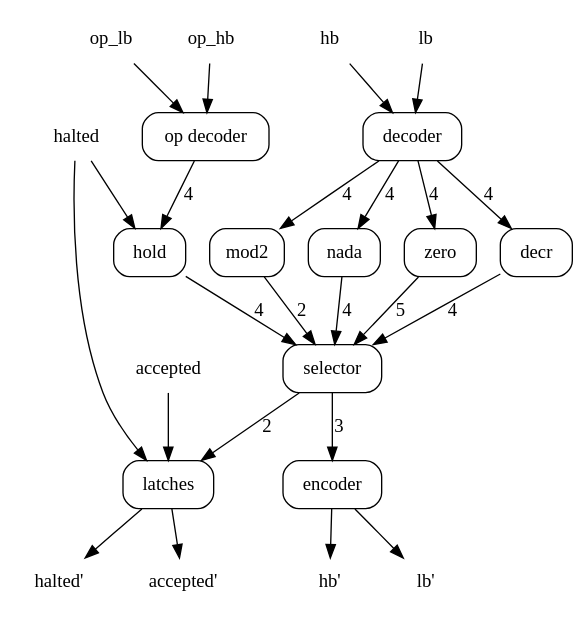
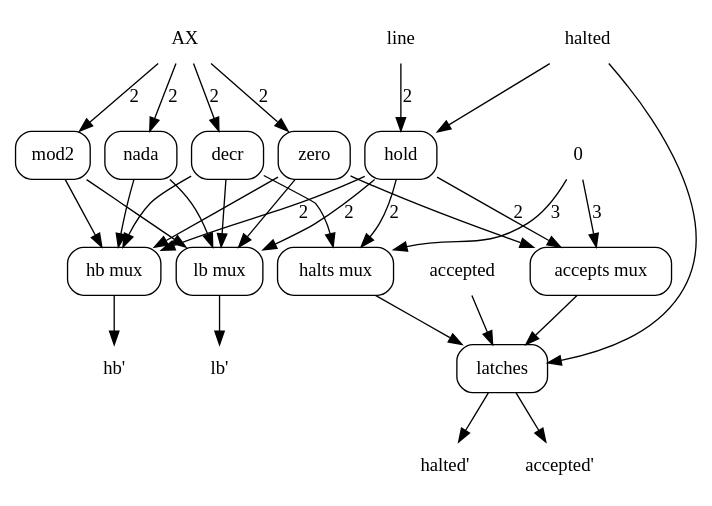
One commit to showell/cook-levin-riff changed the second of 8 diagrams in book/book.md. Above: the diagram before and after it, drawn with Graphviz. The commit also changed other lines of this file and 2 other files, not shown here.

First line of the commit message:
book: the circuit ladder on AX's two bits, schematics once, boxes after

````diff
--- a/book/book.md
+++ b/book/book.md
@@ -991,49 +759,56 @@
 ```dot
 digraph {
   rankdir=TB;
+  nodesep=0.15;
   node [shape=box, style=rounded];
-  i0 [shape=plaintext, label="hb"];
-  i1 [shape=plaintext, label="lb"];
-  i2 [shape=plaintext, label="op_hb"];
-  i3 [shape=plaintext, label="op_lb"];
-  i4 [shape=plaintext, label="halted"];
-  i5 [shape=plaintext, label="accepted"];
-  b0 [label="decoder"];
-  b1 [label="op decoder"];
-  b2 [label="hold"];
-  b3 [label="nada"];
-  b4 [label="zero"];
-  b5 [label="decr"];
-  b6 [label="mod2"];
-  b7 [label="selector"];
-  b8 [label="encoder"];
+  i0 [shape=plaintext, label="AX"];
+  i1 [shape=plaintext, label="line"];
+  i2 [shape=plaintext, label="halted"];
+  i3 [shape=plaintext, label="0"];
+  i4 [shape=plaintext, label="accepted"];
+  b0 [label="nada"];
+  b1 [label="zero"];
+  b2 [label="decr"];
+  b3 [label="mod2"];
+  b4 [label="hold"];
+  b5 [label="hb mux"];
+  b6 [label="lb mux"];
+  b7 [label="accepts mux"];
+  b8 [label="halts mux"];
   b9 [label="latches"];
   o0 [shape=plaintext, label="hb'"];
   o1 [shape=plaintext, label="lb'"];
   o2 [shape=plaintext, label="halted'"];
   o3 [shape=plaintext, label="accepted'"];
-  i0 -> b0;
-  i1 -> b0;
-  i2 -> b1;
-  i3 -> b1;
-  b1 -> b2 [label="4"];
-  i4 -> b2;
-  b0 -> b3 [label="4"];
-  b0 -> b4 [label="4"];
-  b0 -> b5 [label="4"];
-  b0 -> b6 [label="4"];
-  b2 -> b7 [label="4"];
-  b3 -> b7 [label="4"];
-  b4 -> b7 [label="5"];
-  b5 -> b7 [label="4"];
-  b6 -> b7 [label="2"];
-  b7 -> b8 [label="3"];
+  i0 -> b0 [label="2"];
+  i0 -> b1 [label="2"];
+  i0 -> b2 [label="2"];
+  i0 -> b3 [label="2"];
+  i1 -> b4 [label="2"];
+  i2 -> b4;
+  b4 -> b5 [label="2"];
+  b0 -> b5;
+  b1 -> b5;
+  b2 -> b5;
+  b3 -> b5;
+  b4 -> b6 [label="2"];
+  b0 -> b6;
+  b1 -> b6;
+  b2 -> b6;
+  b3 -> b6;
+  b4 -> b7 [label="2"];
+  i3 -> b7 [label="3"];
+  b1 -> b7;
+  b4 -> b8 [label="2"];
+  i3 -> b8 [label="3"];
+  b2 -> b8;
+  i2 -> b9;
+  b8 -> b9;
   i4 -> b9;
-  b7 -> b9 [label="2"];
-  i5 -> b9;
-  b8 -> o0;
-  b8 -> o1;
+  b7 -> b9;
+  b5 -> o0;
+  b6 -> o1;
   b9 -> o2;
   b9 -> o3;
 }
 ```
````
